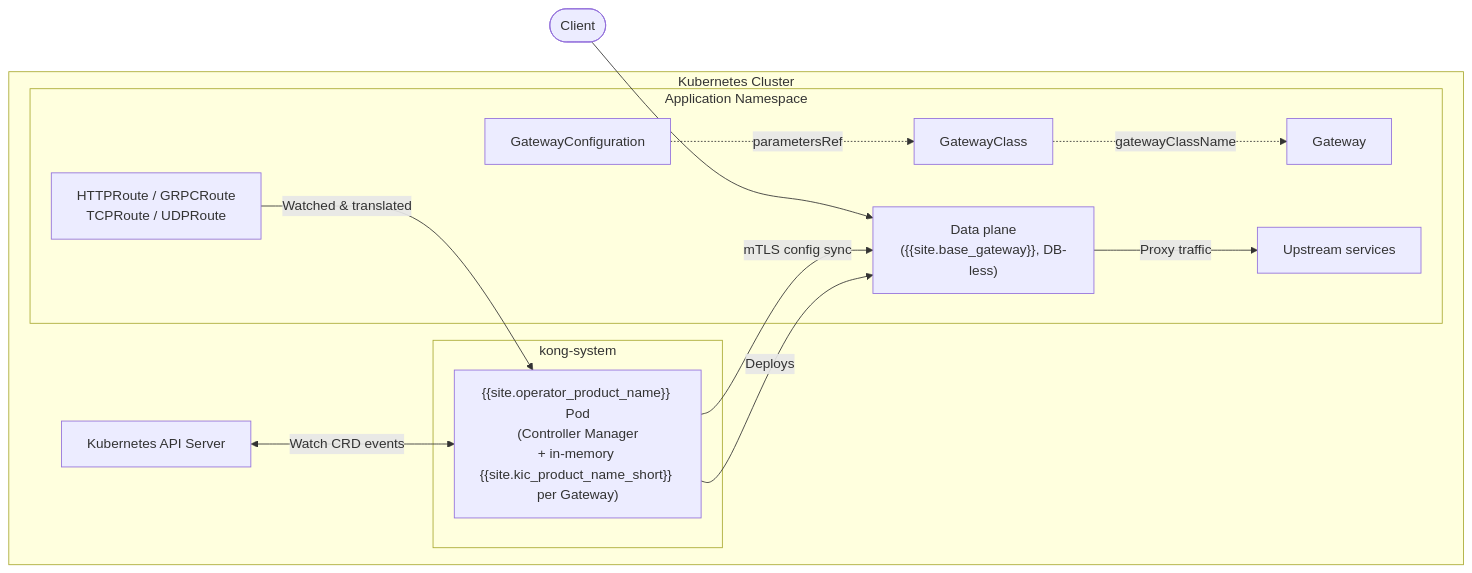
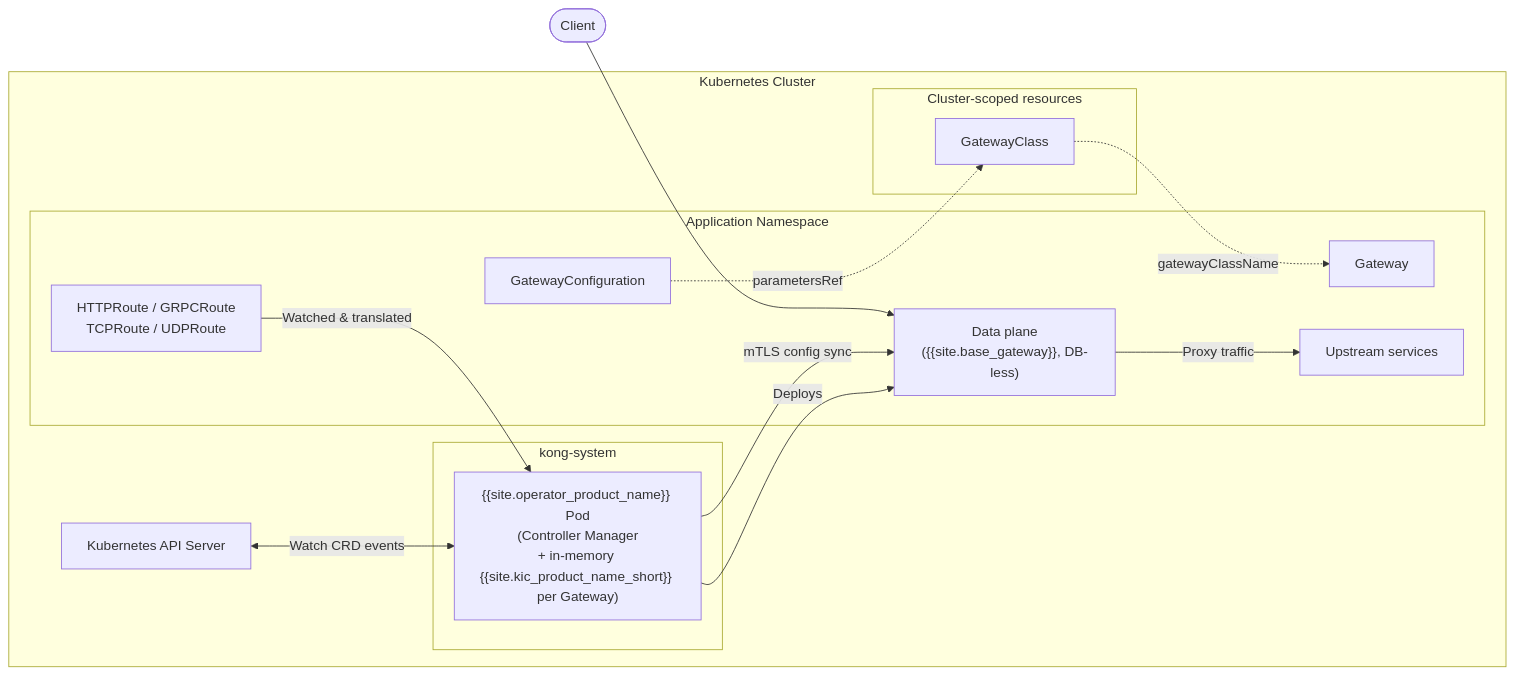
The first of 2 diagrams in app/operator/reference/architecture.md (Kong/developer.konghq.com), drawn with Mermaid before and after one commit. The commit also changed other lines of this file, not shown here.

```diff
--- a/app/operator/reference/architecture.md
+++ b/app/operator/reference/architecture.md
@@ -41,29 +41,32 @@
 {% mermaid %}
 flowchart LR
     subgraph K8s[Kubernetes Cluster]
         K[Kubernetes API Server]
 
         subgraph kongNS[kong-system]
             KO["{{site.operator_product_name}} Pod<br/>(Controller Manager<br/>+ in-memory {{site.kic_product_name_short}} per Gateway)"]
         end
 
+        subgraph ClusterScoped[Cluster-scoped resources]
+            GWClass[GatewayClass]
+        end
+
         subgraph AppNS[Application Namespace]
             GWConfig[GatewayConfiguration]
-            GWClass[GatewayClass]
             GW[Gateway]
             Routes["HTTPRoute / GRPCRoute<br/>TCPRoute / UDPRoute"]
             DP["Data plane<br/>({{site.base_gateway}}, DB-less)"]
             S[Upstream services]
         end
 
         GWConfig -.->|parametersRef| GWClass
         GWClass -.->|gatewayClassName| GW
         K <-->|Watch CRD events| KO
         Routes -->|Watched & translated| KO
         KO -->|Deploys| DP
         KO -->|mTLS config sync| DP
         DP -->|Proxy traffic| S
     end
 
     Client([Client]) --> DP
 {% endmermaid %}
```
